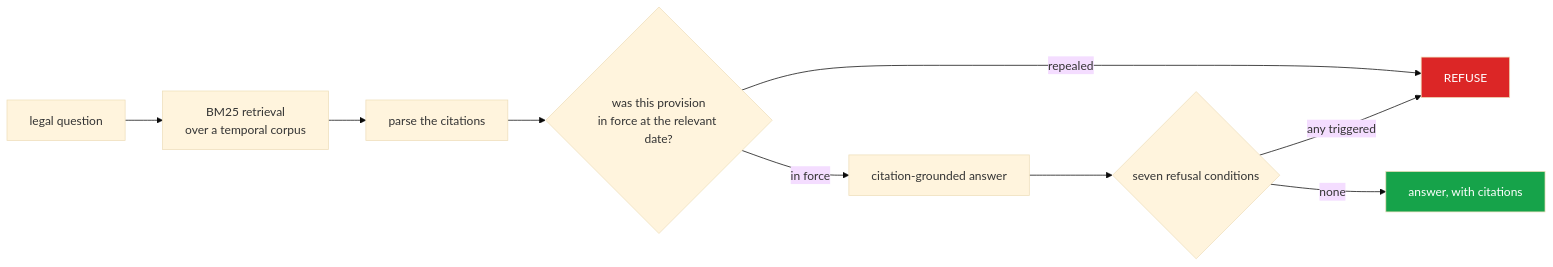
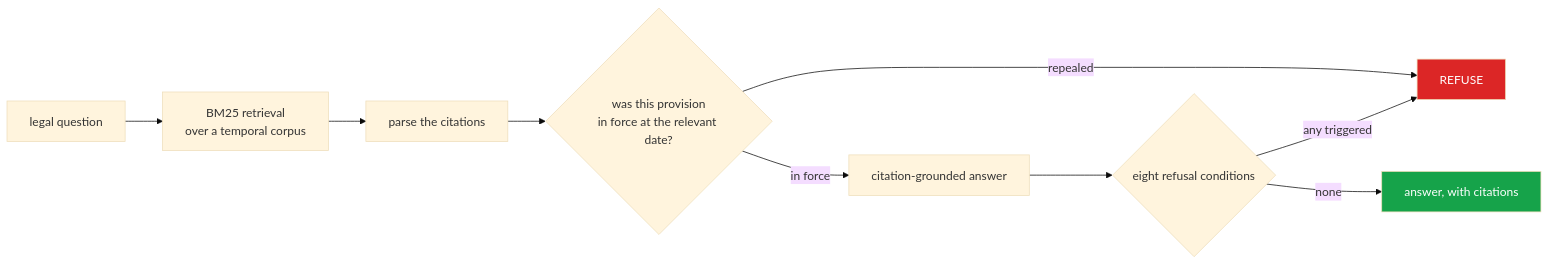
One commit to hammasbuilds/pak-law-assistant changed the diagram in README.md. Above: the diagram before and after it, drawn with Mermaid (base theme). The commit also changed other lines of this file and 11 other files, not shown here.

````diff
--- a/README.md
+++ b/README.md
@@ -56,14 +56,14 @@
 ```mermaid
 flowchart LR
     Q["legal question"] --> R["BM25 retrieval<br/>over a temporal corpus"]
     R --> C["parse the citations"]
     C --> T{"was this provision<br/>in force at the relevant date?"}
     T -->|"repealed"| X["REFUSE"]
     T -->|"in force"| G["citation-grounded answer"]
-    G --> F{"seven refusal conditions"}
+    G --> F{"eight refusal conditions"}
     F -->|"any triggered"| X
     F -->|"none"| A["answer, with citations"]
 
     style X fill:#dc2626,color:#fff
     style A fill:#16a34a,color:#fff
 ```
````
